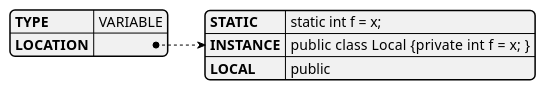
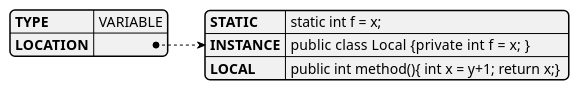
Before and after one commit to kuyeol/Ung-DSA-Repo: the first of 7 diagrams in DSA/src/main/java/org/basic/TypeOfVar.md, drawn with PlantUML. The commit also changed other lines of this file, not shown here.

````diff
--- a/DSA/src/main/java/org/basic/TypeOfVar.md
+++ b/DSA/src/main/java/org/basic/TypeOfVar.md
@@ -1,22 +1,26 @@
 ```plantuml
 @startjson
 {
 
 "TYPE" : "VARIABLE",
 "LOCATION": {
 
 "STATIC":"static int f = x;",
 "INSTANCE": "public class Local \n {private int f = x;  \n}",
-"LOCAL":"public "
+"LOCAL":"public int method(){ int x = y+1; return x;} "
 
 }
 
 }
 
 
 
 
 
 @endjson
 
+
+
+
+
 ```
````
